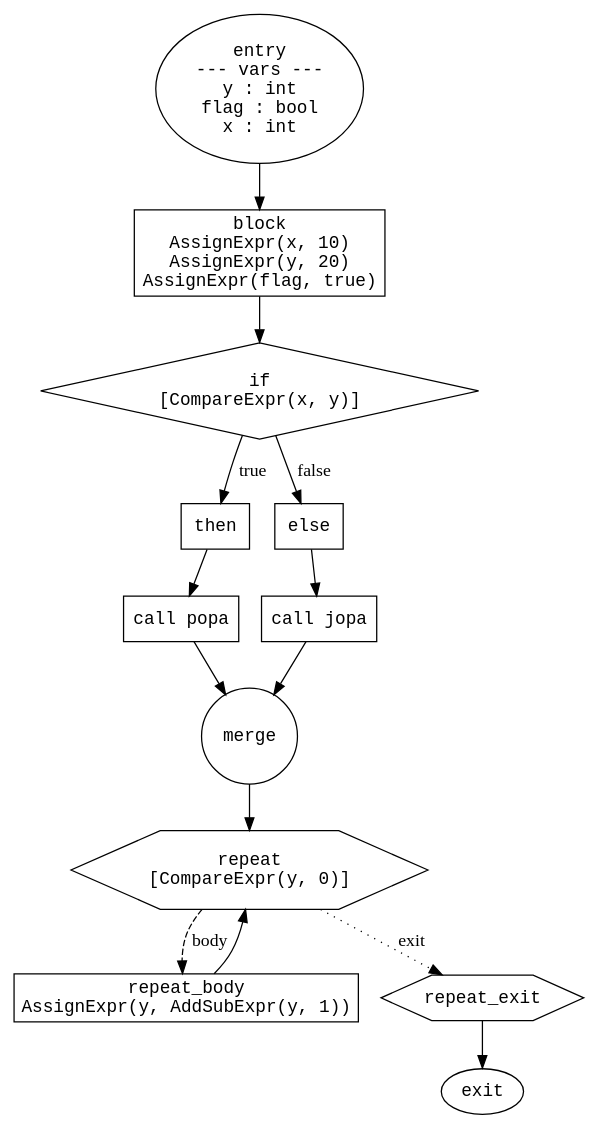
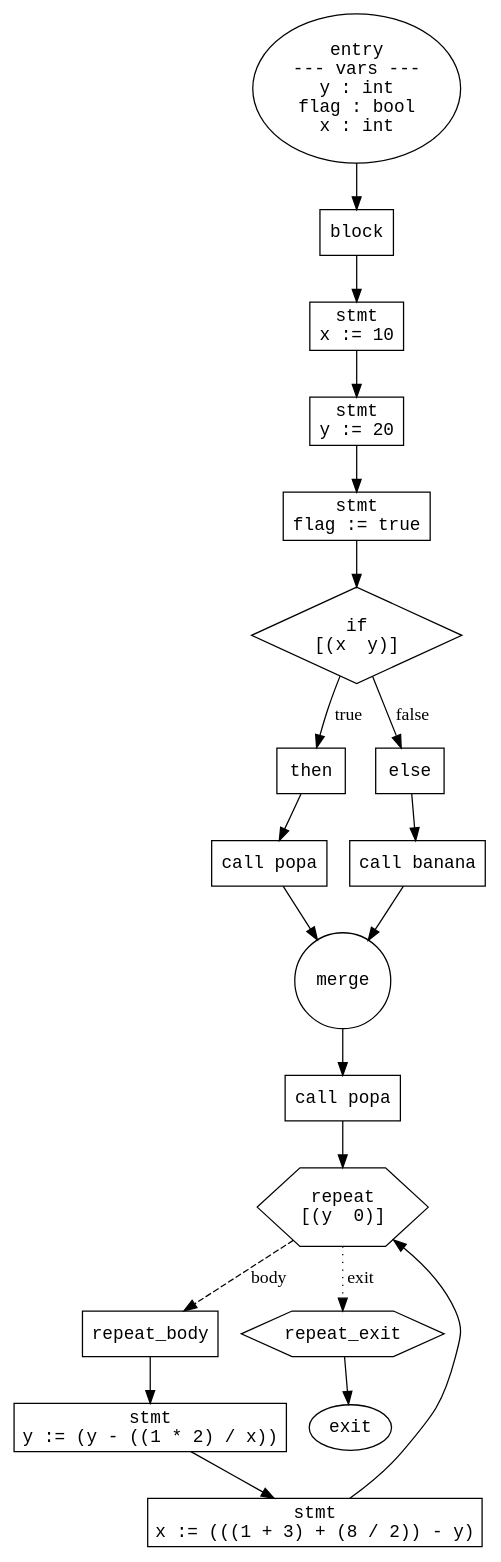
The diagram in build/main.cfg.dot (ArtemkaSheremetev/ProgLangs), drawn with Graphviz before and after one commit. The commit also changed 21 other files, not shown here.

```diff
--- a/build/main.cfg.dot
+++ b/build/main.cfg.dot
@@ -1,32 +1,44 @@
 digraph main {
   rankdir=TB;
   node [fontname="Courier"];
 
-  n102202095585792 [shape=ellipse, label="entry\n--- vars ---\ny : int\nflag : bool\nx : int"];
-  n102202095617984 [shape=ellipse, label="exit"];
-  n102202095618688 [shape=box, label="block\nAssignExpr(x, 10)\nAssignExpr(y, 20)\nAssignExpr(flag, true)"];
-  n102202095619056 [shape=diamond, label="if\n[CompareExpr(x, y)]"];
-  n102202095619280 [shape=box, label="then"];
-  n102202095619504 [shape=box, label="call popa"];
-  n102202095620128 [shape=box, label="else"];
-  n102202095620352 [shape=box, label="call jopa"];
-  n102202095620640 [shape=circle, label="merge"];
-  n102202095621104 [shape=hexagon, label="repeat\n[CompareExpr(y, 0)]"];
-  n102202095621360 [shape=box, label="repeat_body\nAssignExpr(y, AddSubExpr(y, 1))"];
-  n102202095621712 [shape=hexagon, label="repeat_exit"];
+  n102399447381792 [shape=ellipse, label="entry\n--- vars ---\ny : int\nflag : bool\nx : int"];
+  n102399447724816 [shape=ellipse, label="exit"];
+  n102399447725488 [shape=box, label="block"];
+  n102399447725744 [shape=box, label="stmt\nx := 10"];
+  n102399447726000 [shape=box, label="stmt\ny := 20"];
+  n102399447726288 [shape=box, label="stmt\nflag := true"];
+  n102399447726608 [shape=diamond, label="if\n[(x  y)]"];
+  n102399447726928 [shape=box, label="then"];
+  n102399447727248 [shape=box, label="call popa"];
+  n102399447728112 [shape=box, label="else"];
+  n102399447728400 [shape=box, label="call banana"];
+  n102399447728784 [shape=circle, label="merge"];
+  n102399447729168 [shape=box, label="call popa"];
+  n102399447729456 [shape=hexagon, label="repeat\n[(y  0)]"];
+  n102399447729776 [shape=box, label="repeat_body"];
+  n102399447730096 [shape=box, label="stmt\ny := (y - ((1 * 2) / x))"];
+  n102399447730416 [shape=box, label="stmt\nx := (((1 + 3) + (8 / 2)) - y)"];
+  n102399447730896 [shape=hexagon, label="repeat_exit"];
 
   // Successor edges
-  n102202095585792 -> n102202095618688;
-  n102202095618688 -> n102202095619056;
-  n102202095619056 -> n102202095619280 [label="true"];
-  n102202095619056 -> n102202095620128 [label="false"];
-  n102202095619280 -> n102202095619504;
-  n102202095619504 -> n102202095620640;
-  n102202095620128 -> n102202095620352;
-  n102202095620352 -> n102202095620640;
-  n102202095620640 -> n102202095621104;
-  n102202095621104 -> n102202095621360 [label="body", style="dashed"];
-  n102202095621104 -> n102202095621712 [label="exit", style="dotted"];
-  n102202095621360 -> n102202095621104;
-  n102202095621712 -> n102202095617984;
+  n102399447381792 -> n102399447725488;
+  n102399447725488 -> n102399447725744;
+  n102399447725744 -> n102399447726000;
+  n102399447726000 -> n102399447726288;
+  n102399447726288 -> n102399447726608;
+  n102399447726608 -> n102399447726928 [label="true"];
+  n102399447726608 -> n102399447728112 [label="false"];
+  n102399447726928 -> n102399447727248;
+  n102399447727248 -> n102399447728784;
+  n102399447728112 -> n102399447728400;
+  n102399447728400 -> n102399447728784;
+  n102399447728784 -> n102399447729168;
+  n102399447729168 -> n102399447729456;
+  n102399447729456 -> n102399447729776 [label="body", style="dashed"];
+  n102399447729456 -> n102399447730896 [label="exit", style="dotted"];
+  n102399447729776 -> n102399447730096;
+  n102399447730096 -> n102399447730416;
+  n102399447730416 -> n102399447729456;
+  n102399447730896 -> n102399447724816;
 }
```
